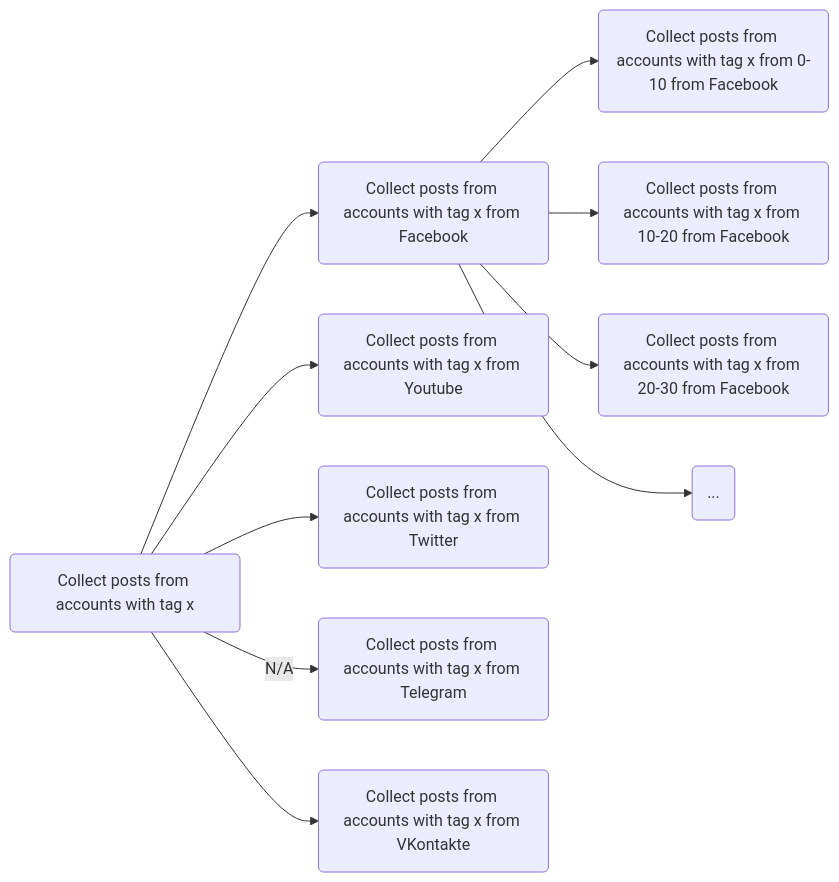
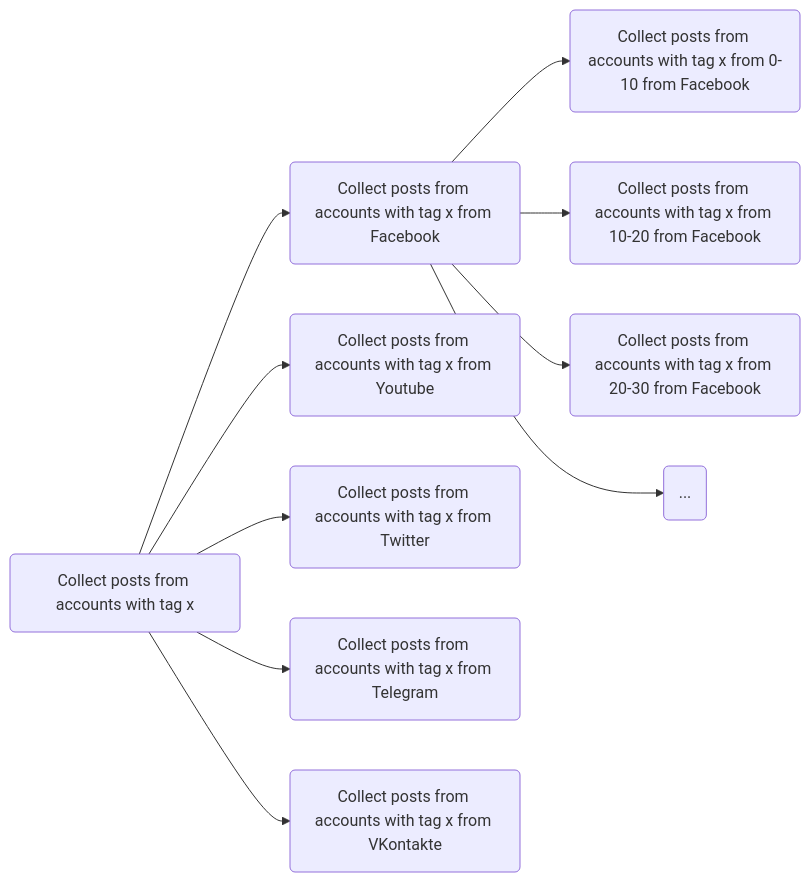
The third of 3 diagrams in README.md (ibex-app/data-collection-and-processing), drawn with Mermaid before and after one commit.

````diff
--- a/README.md
+++ b/README.md
@@ -82,12 +82,12 @@
 ```mermaid
 graph LR
 B(Collect posts from accounts with tag x) --> C(Collect posts from accounts with tag x from Facebook)
 B --> D(Collect posts from accounts with tag x from Youtube)
 B --> E(Collect posts from accounts with tag x from Twitter)
-B -->|N/A| F(Collect posts from accounts with tag x from Telegram)
+B --> F(Collect posts from accounts with tag x from Telegram)
 B --> G(Collect posts from accounts with tag x from VKontakte)
 C --> I(Collect posts from accounts with tag x from 0-10 from Facebook)
 C --> J(Collect posts from accounts with tag x from 10-20 from Facebook)
 C --> K(Collect posts from accounts with tag x from 20-30 from Facebook)
 C --> L(...)
 ```
````
